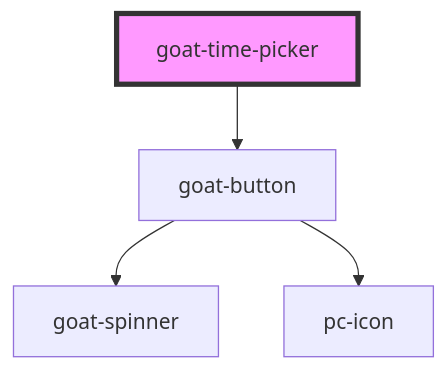
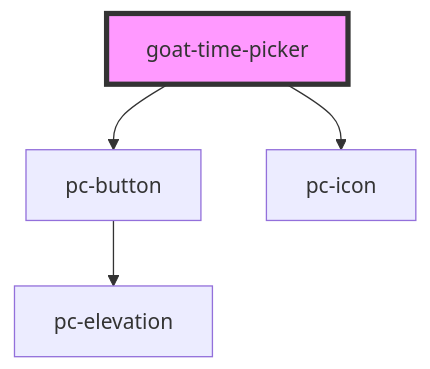
One commit to redvars/peacock changed the diagram in src/components/input-controls/data-and-time/date/time-picker/readme.md. Above: the diagram before and after it, drawn with Mermaid. The commit also changed other lines of this file and 280 other files, not shown here.

````diff
--- a/src/components/input-controls/data-and-time/date/time-picker/readme.md
+++ b/src/components/input-controls/data-and-time/date/time-picker/readme.md
@@ -74,7 +75,7 @@
 ```mermaid
 graph TD;
-  goat-time-picker --> goat-button
-  goat-button --> goat-spinner
-  goat-button --> pc-icon
+  goat-time-picker --> pc-button
+  goat-time-picker --> pc-icon
+  pc-button --> pc-elevation
   style goat-time-picker fill:#f9f,stroke:#333,stroke-width:4px
 ```
````
